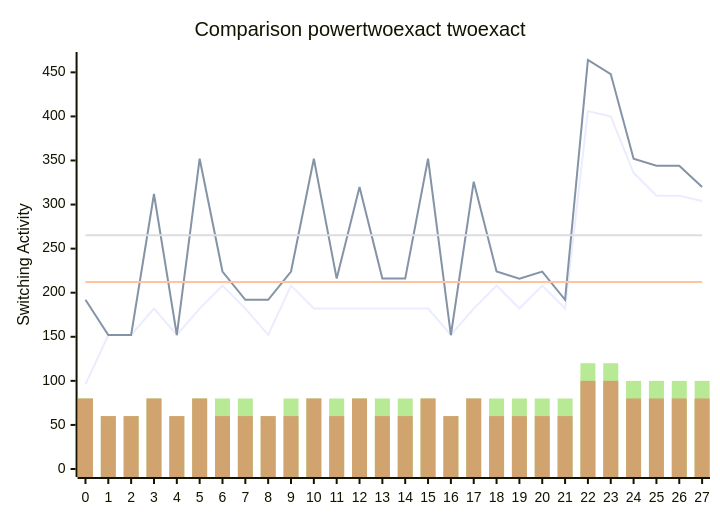
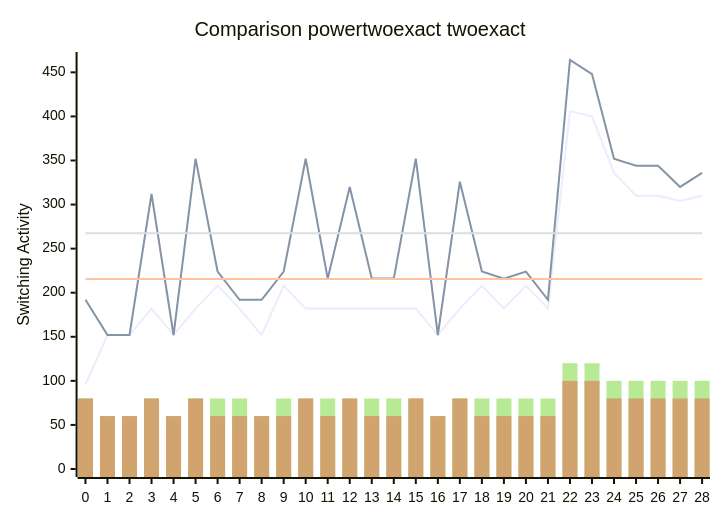
The diagram in benchmark.md (FeldmeierMichael/Exact-Power-Synthesis), drawn with Mermaid before and after one commit. The commit also changed other lines of this file and 2 other files, not shown here.

````diff
--- a/benchmark.md
+++ b/benchmark.md
@@ -57,12 +59,12 @@
 ```mermaid
 xychart-beta
     title "Comparison powertwoexact twoexact"
-    x-axis [0, 1, 2, 3, 4, 5, 6, 7, 8, 9, 10, 11, 12, 13, 14, 15, 16, 17, 18, 19, 20, 21, 22, 23, 24, 25, 26, 27]
+    x-axis [0, 1, 2, 3, 4, 5, 6, 7, 8, 9, 10, 11, 12, 13, 14, 15, 16, 17, 18, 19, 20, 21, 22, 23, 24, 25, 26, 27, 28]
     y-axis "Switching Activity" 0-->464
-    line [96, 152, 152, 182, 152, 182, 208, 182, 152, 208, 182, 182, 182, 182, 182, 182, 152, 182, 208, 182, 208, 182, 406, 400, 336, 310, 310, 304]
-    line [192, 152, 152, 312, 152, 352, 224, 192, 192, 224, 352, 216, 320, 216, 216, 352, 152, 326, 224, 216, 224, 192, 464, 448, 352, 344, 344, 320]
-    line [212.07142857142858, 212.07142857142858, 212.07142857142858, 212.07142857142858, 212.07142857142858, 212.07142857142858, 212.07142857142858, 212.07142857142858, 212.07142857142858, 212.07142857142858, 212.07142857142858, 212.07142857142858, 212.07142857142858, 212.07142857142858, 212.07142857142858, 212.07142857142858, 212.07142857142858, 212.07142857142858, 212.07142857142858, 212.07142857142858, 212.07142857142858, 212.07142857142858, 212.07142857142858, 212.07142857142858, 212.07142857142858, 212.07142857142858, 212.07142857142858, 212.07142857142858]
-    line [265.07142857142856, 265.07142857142856, 265.07142857142856, 265.07142857142856, 265.07142857142856, 265.07142857142856, 265.07142857142856, 265.07142857142856, 265.07142857142856, 265.07142857142856, 265.07142857142856, 265.07142857142856, 265.07142857142856, 265.07142857142856, 265.07142857142856, 265.07142857142856, 265.07142857142856, 265.07142857142856, 265.07142857142856, 265.07142857142856, 265.07142857142856, 265.07142857142856, 265.07142857142856, 265.07142857142856, 265.07142857142856, 265.07142857142856, 265.07142857142856, 265.07142857142856]
-    bar [80, 60, 60, 80, 60, 80, 80, 80, 60, 80, 80, 80, 80, 80, 80, 80, 60, 80, 80, 80, 80, 80, 120, 120, 100, 100, 100, 100]
-    bar [80, 60, 60, 80, 60, 80, 60, 60, 60, 60, 80, 60, 80, 60, 60, 80, 60, 80, 60, 60, 60, 60, 100, 100, 80, 80, 80, 80]
+    line [96, 152, 152, 182, 152, 182, 208, 182, 152, 208, 182, 182, 182, 182, 182, 182, 152, 182, 208, 182, 208, 182, 406, 400, 336, 310, 310, 304, 310]
+    line [192, 152, 152, 312, 152, 352, 224, 192, 192, 224, 352, 216, 320, 216, 216, 352, 152, 326, 224, 216, 224, 192, 464, 448, 352, 344, 344, 320, 336]
+    line [215.44827586206895, 215.44827586206895, 215.44827586206895, 215.44827586206895, 215.44827586206895, 215.44827586206895, 215.44827586206895, 215.44827586206895, 215.44827586206895, 215.44827586206895, 215.44827586206895, 215.44827586206895, 215.44827586206895, 215.44827586206895, 215.44827586206895, 215.44827586206895, 215.44827586206895, 215.44827586206895, 215.44827586206895, 215.44827586206895, 215.44827586206895, 215.44827586206895, 215.44827586206895, 215.44827586206895, 215.44827586206895, 215.44827586206895, 215.44827586206895, 215.44827586206895, 215.44827586206895]
+    line [267.51724137931035, 267.51724137931035, 267.51724137931035, 267.51724137931035, 267.51724137931035, 267.51724137931035, 267.51724137931035, 267.51724137931035, 267.51724137931035, 267.51724137931035, 267.51724137931035, 267.51724137931035, 267.51724137931035, 267.51724137931035, 267.51724137931035, 267.51724137931035, 267.51724137931035, 267.51724137931035, 267.51724137931035, 267.51724137931035, 267.51724137931035, 267.51724137931035, 267.51724137931035, 267.51724137931035, 267.51724137931035, 267.51724137931035, 267.51724137931035, 267.51724137931035, 267.51724137931035]
+    bar [80, 60, 60, 80, 60, 80, 80, 80, 60, 80, 80, 80, 80, 80, 80, 80, 60, 80, 80, 80, 80, 80, 120, 120, 100, 100, 100, 100, 100]
+    bar [80, 60, 60, 80, 60, 80, 60, 60, 60, 60, 80, 60, 80, 60, 60, 80, 60, 80, 60, 60, 60, 60, 100, 100, 80, 80, 80, 80, 80]
 ```
````
